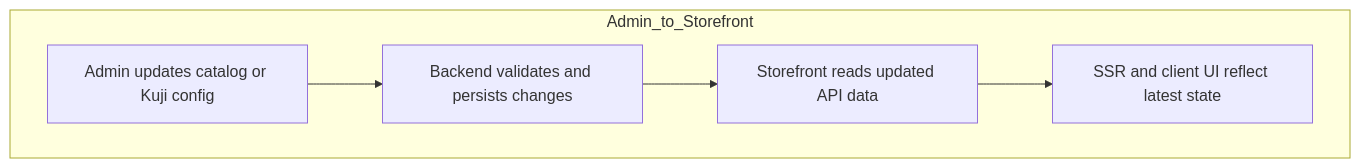
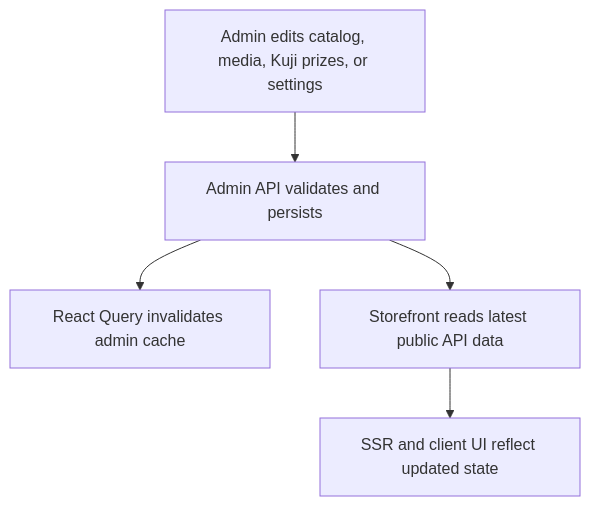
One commit to LouisDev314/popbox-studio-next changed the fourth of 4 diagrams in README.md. Above: the diagram before and after it, drawn with Mermaid. The commit also changed other lines of this file, not shown here.

````diff
--- a/README.md
+++ b/README.md
@@ -160,9 +136,7 @@
 ```mermaid
 flowchart TD
-
-    subgraph Admin_to_Storefront
-        L[Admin updates catalog or Kuji config] --> M[Backend validates and persists changes]
-        M --> N[Storefront reads updated API data]
-        N --> O[SSR and client UI reflect latest state]
-    end
+    A[Admin edits catalog, media, Kuji prizes, or settings] --> B[Admin API validates and persists]
+    B --> C[React Query invalidates admin cache]
+    B --> D[Storefront reads latest public API data]
+    D --> E[SSR and client UI reflect updated state]
 ```
````
